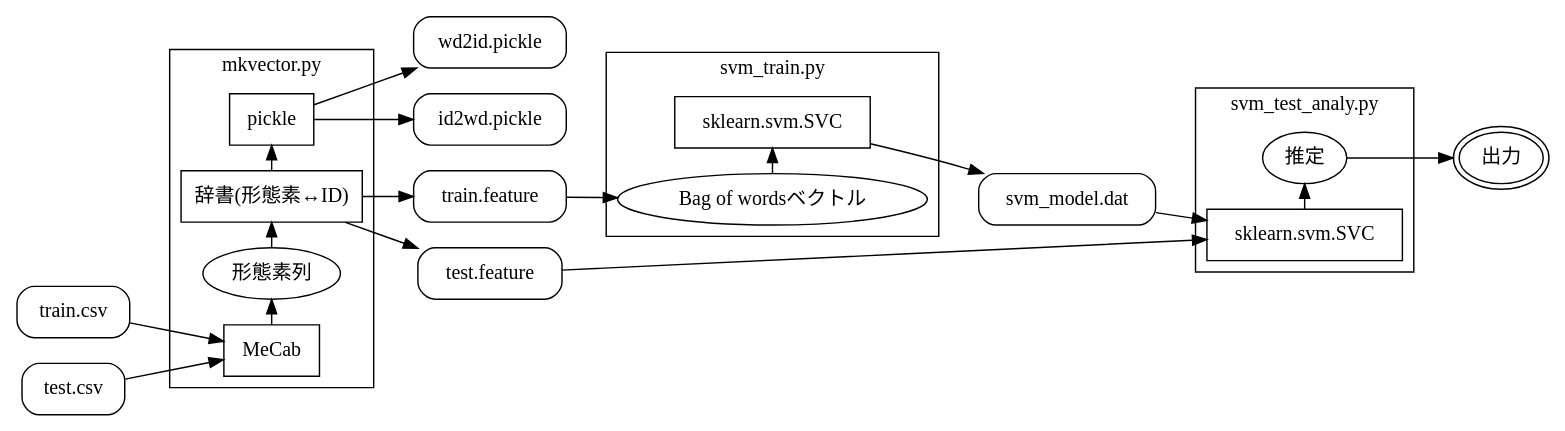
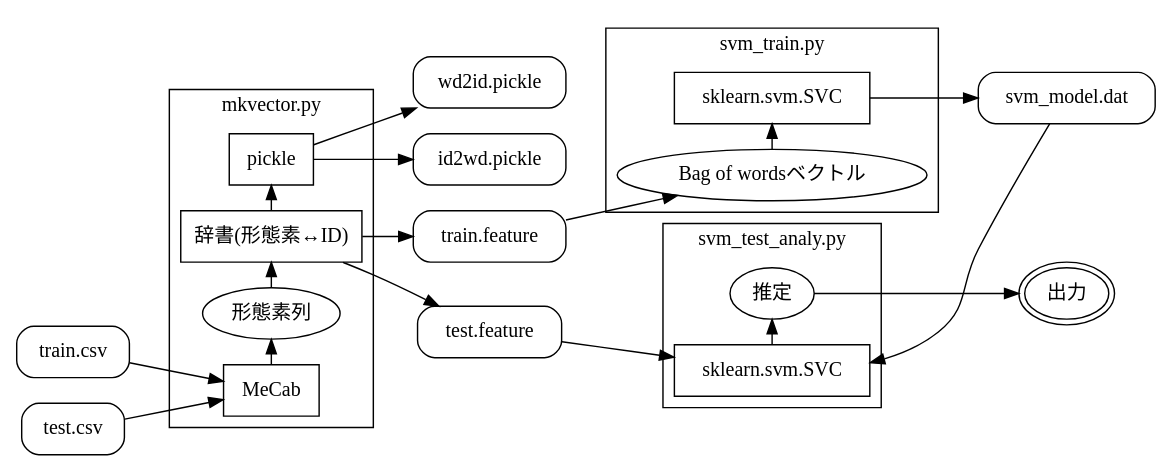
The diagram in natural-language-processing/process.dot (AAAR-Salmon/tex-minireports), drawn with Graphviz before and after one commit. The commit also changed 3 other files, not shown here.

```diff
--- a/natural-language-processing/process.dot
+++ b/natural-language-processing/process.dot
@@ -1,58 +1,58 @@
 digraph {
   node [shape=rect]
 
   train_csv[label="train.csv", style=rounded]
   test_csv[label="test.csv", style=rounded]
   wd2id[label="wd2id.pickle", style=rounded]
   id2wd[label="id2wd.pickle", style=rounded]
   train_fe[label="train.feature", style=rounded]
   test_fe[label="test.feature", style=rounded]
   model[label="svm_model.dat", style=rounded]
   output[label="出力", shape=oval, peripheries=2]
 
   subgraph cluster_mkvector {
     label="mkvector.py"
     mecab[label="MeCab"]
     morphseqs[label="形態素列", shape=oval]
     dict[label="辞書(形態素↔ID)"]
 
     mecab -> morphseqs -> dict -> pickle
     { rank=same; mecab, morphseqs, dict, pickle }
   }
 
   subgraph cluster_svmtrain {
     label="svm_train.py"
     bow[label="Bag of wordsベクトル", shape=oval]
     svc_train[label="sklearn.svm.SVC"]
 
     bow -> svc_train
     { rank=same; bow, svc_train }
   }
 
   subgraph cluster_svmtest {
     label="svm_test_analy.py"
     svc_test[label="sklearn.svm.SVC"]
     esti[label="推定", shape=oval]
 
     svc_test -> esti
 
     { rank=same; svc_test, esti }
   }
 
   train_csv -> mecab
   test_csv -> mecab
   pickle -> wd2id
   pickle -> id2wd
   dict -> train_fe
   dict -> test_fe
 
   train_fe -> bow
   svc_train -> model
 
-  model -> svc_test
+  model -> svc_test [constraint=false]
   test_fe -> svc_test
 
   esti -> output
 
   rankdir="LR"
 }
```
